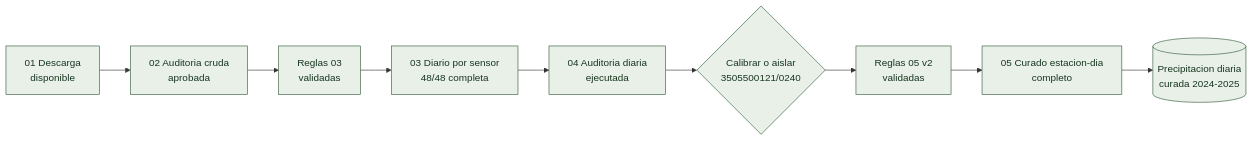
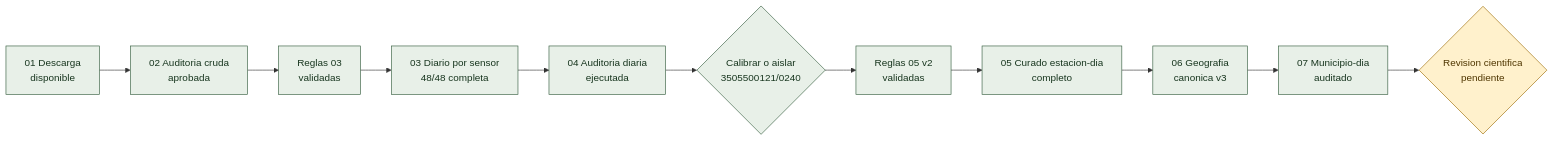
Before and after one commit to cybercolombia/suelosabio: the diagram in docs/climate_pipeline_status/precipitacion.md, drawn with Mermaid. The commit also changed other lines of this file and 32 other files, not shown here.

````diff
--- a/docs/climate_pipeline_status/precipitacion.md
+++ b/docs/climate_pipeline_status/precipitacion.md
@@ -16,16 +16,19 @@
 ```mermaid
 flowchart LR
     P01[01 Descarga<br/>disponible] --> P02[02 Auditoria cruda<br/>aprobada]
     P02 --> R03[Reglas 03<br/>validadas]
     R03 --> P03[03 Diario por sensor<br/>48/48 completa]
     P03 --> P04[04 Auditoria diaria<br/>ejecutada]
     P04 --> G{Calibrar o aislar<br/>3505500121/0240}
     G --> R05[Reglas 05 v2<br/>validadas]
     R05 --> P05[05 Curado estacion-dia<br/>completo]
-    P05 --> CURADO[(Precipitacion diaria<br/>curada 2024-2025)]
+    P05 --> P06[06 Geografia<br/>canonica v3]
+    P06 --> P07[07 Municipio-dia<br/>auditado]
+    P07 --> G07{Revision cientifica<br/>pendiente}
 
     classDef done fill:#e8f0e8,stroke:#315a3b,color:#17351e;
     classDef progress fill:#fff1cc,stroke:#9b6a00,color:#4f3600;
     classDef pending fill:#eeeeee,stroke:#666666,color:#333333;
-    class P01,P02,R03,P03,P04,G,R05,P05,CURADO done;
+    class P01,P02,R03,P03,P04,G,R05,P05,P06,P07 done;
+    class G07 progress;
 ```
````
